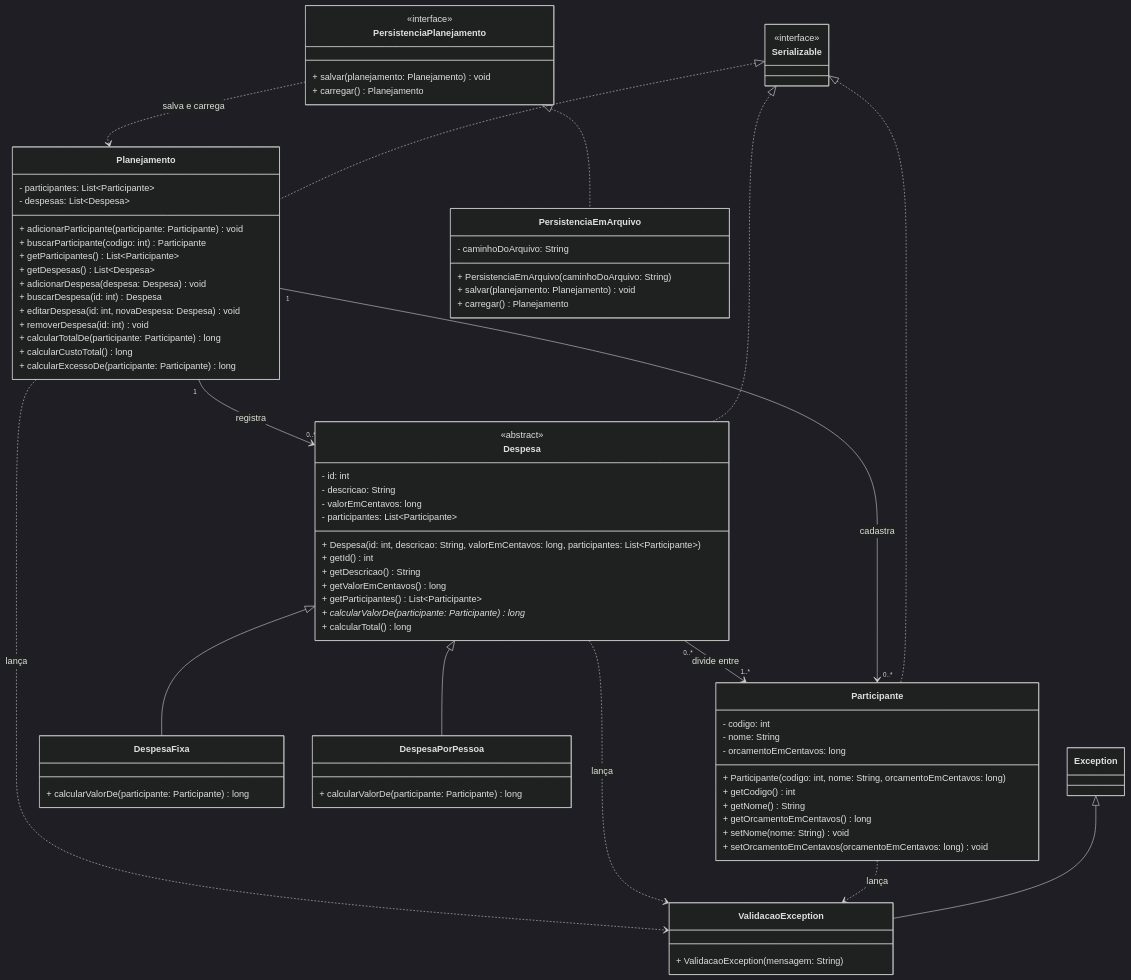
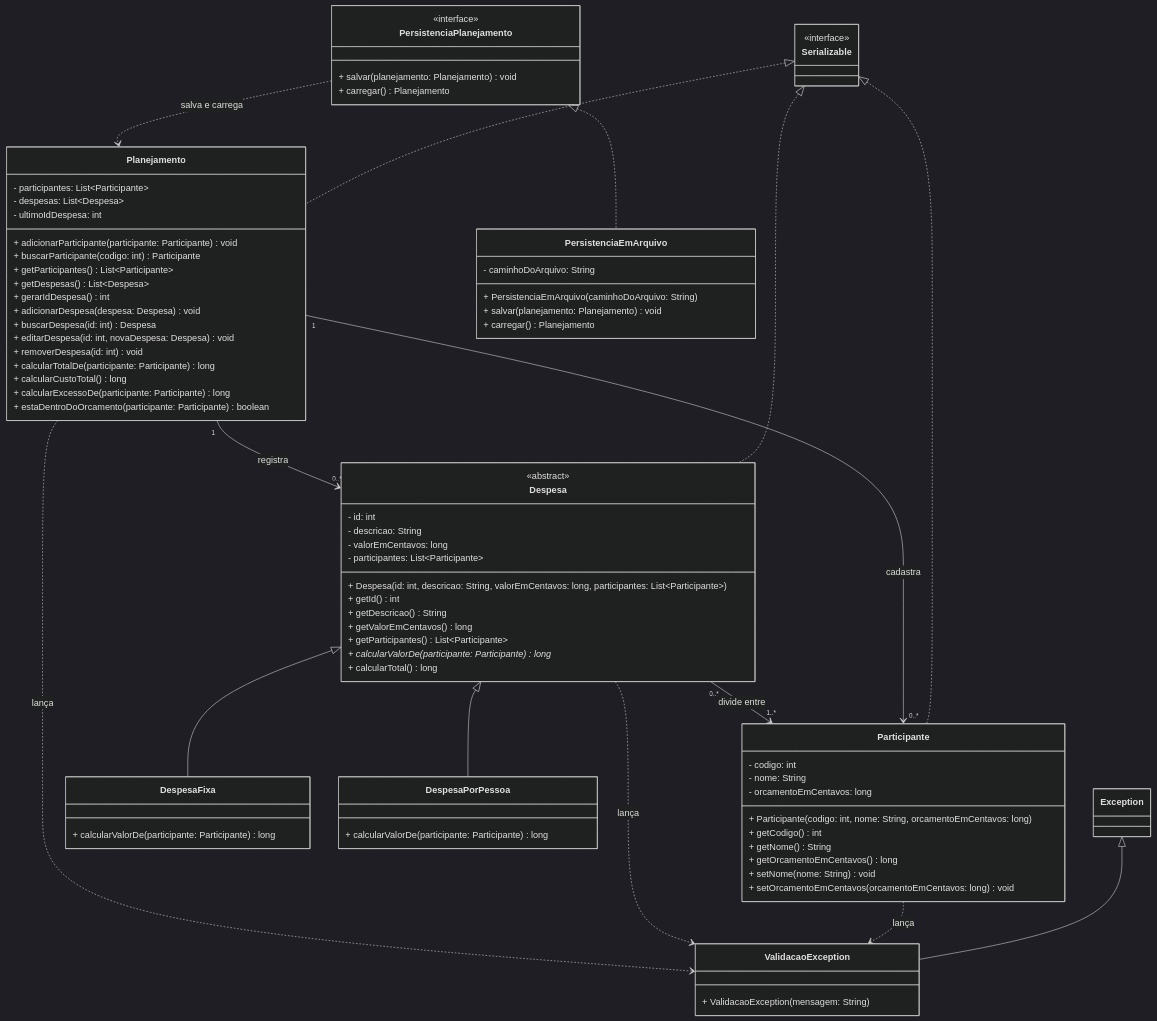
The diagram in docs/uml.md (samuelbatista/unifor-poo-gestor-financas), drawn with Mermaid (dark theme) before and after one commit. The commit also changed other lines of this file and 3 other files, not shown here.

```diff
--- a/docs/uml.md
+++ b/docs/uml.md
@@ -15,6 +15,7 @@
         %% Atributos
         - participantes: List~Participante~
         - despesas: List~Despesa~
+        - ultimoIdDespesa: int
         
         %% Método para o CRUD de Participante
         + adicionarParticipante(participante: Participante) void
@@ -27,6 +28,7 @@
         + getDespesas() List~Despesa~
         
         %% Método para o CRUD de Despesa
+        + gerarIdDespesa() int
         + adicionarDespesa(despesa: Despesa) void
         + buscarDespesa(id: int) Despesa
         + editarDespesa(id: int, novaDespesa: Despesa) void
@@ -36,6 +38,7 @@
         + calcularTotalDe(participante: Participante) long
         + calcularCustoTotal() long
         + calcularExcessoDe(participante: Participante) long
+        + estaDentroDoOrcamento(participante: Participante) boolean
     }
     
     class Participante {
```
